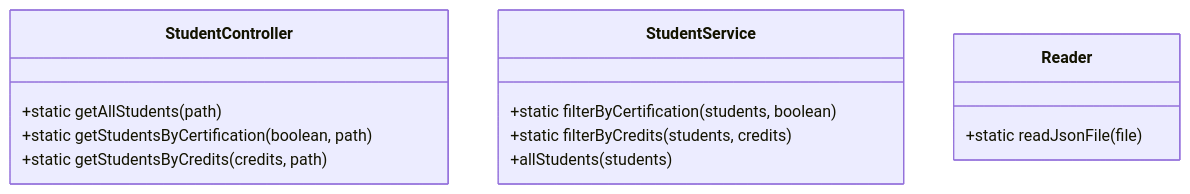
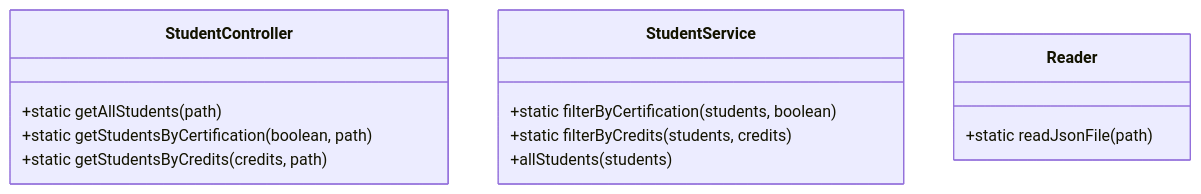
The second of 2 diagrams in README.md (dalexez/codeChallengeLaunchXNodeJs), drawn with Mermaid before and after one commit. The commit also changed other lines of this file, not shown here.

````diff
--- a/README.md
+++ b/README.md
@@ -23,16 +26,16 @@
 ```mermaid
 classDiagram
      class StudentController{
           +static getAllStudents(path)
           +static getStudentsByCertification(boolean, path)
           +static getStudentsByCredits(credits, path)
       }
       class StudentService{
           +static filterByCertification(students, boolean)
           +static filterByCredits(students, credits)
           +allStudents(students)
       }
       class Reader{
-          +static readJsonFile(file)
+          +static readJsonFile(path)
       }
  ```
````
